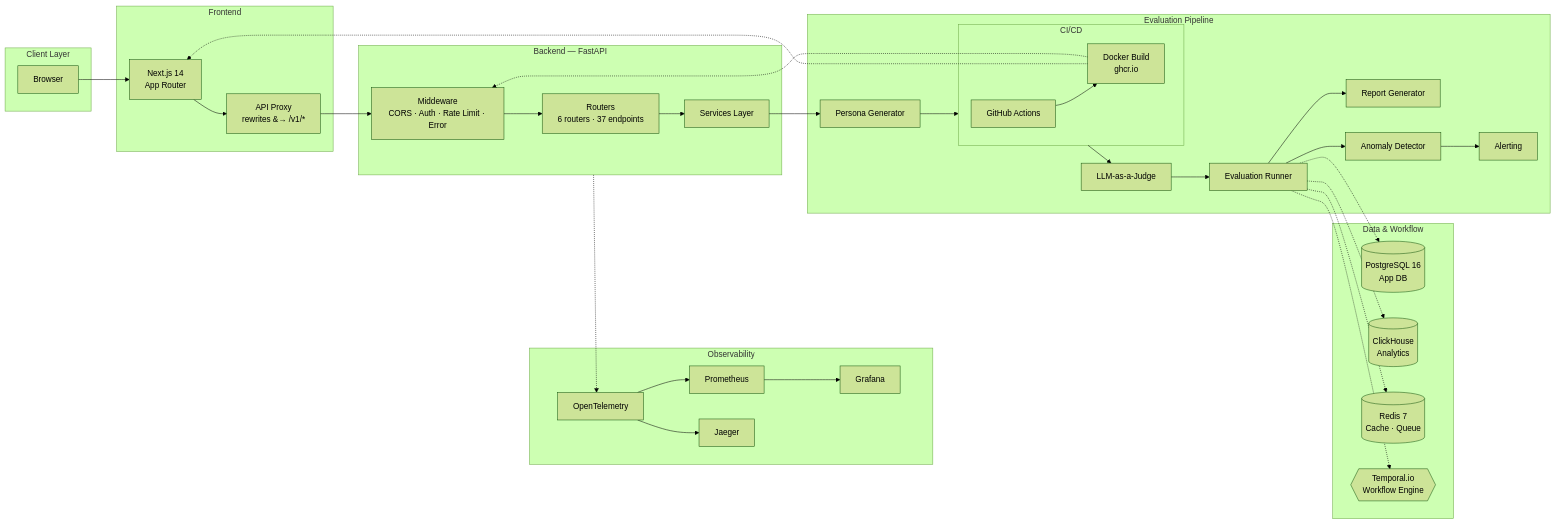
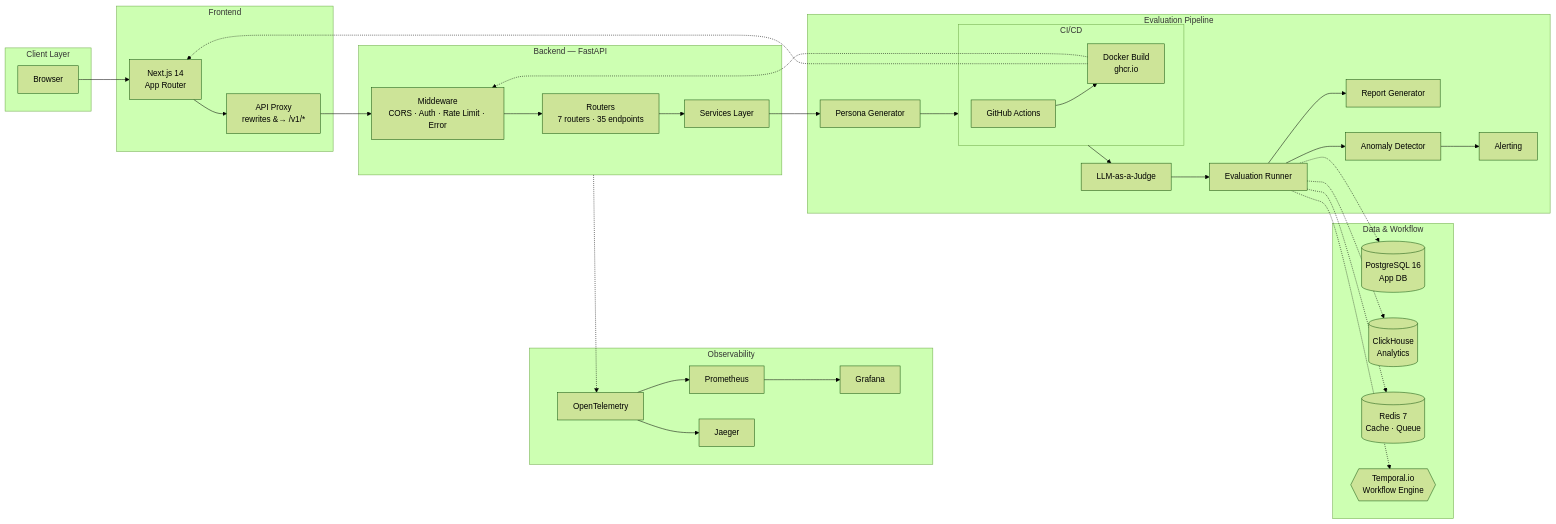
One commit to ZapTayyab/Onyx-Ai changed the diagram in README.md. Above: the diagram before and after it, drawn with Mermaid (forest theme). The commit also changed other lines of this file and 49 other files, not shown here.

````diff
--- a/README.md
+++ b/README.md
@@ -11,48 +11,48 @@
 ```mermaid
 flowchart LR
     subgraph CL[Client Layer]
         B[Browser]
     end
 
     subgraph FE[Frontend]
         NX[Next.js 14<br/>App Router]
         PX[API Proxy<br/>rewrites &#8594; /v1/*]
         NX --> PX
     end
 
     subgraph BE[Backend — FastAPI]
         MW[Middeware<br/>CORS · Auth · Rate Limit · Error]
-        RT[Routers<br/>6 routers · 37 endpoints]
+        RT[Routers<br/>7 routers · 35 endpoints]
         SV[Services Layer]
         MW --> RT --> SV
     end
 
     subgraph PE[Evaluation Pipeline]
         PG[Persona Generator] --> CI[Chaos Injector] --> LJ[LLM-as-a-Judge] --> ER[Evaluation Runner]
         ER --> RG[Report Generator]
         ER --> AD[Anomaly Detector] --> AL[Alerting]
     end
 
     subgraph DW[Data & Workflow]
         PSQL[(PostgreSQL 16<br/>App DB)]
         CLH[(ClickHouse<br/>Analytics)]
         RED[(Redis 7<br/>Cache · Queue)]
         TMP{{Temporal.io<br/>Workflow Engine}}
     end
 
     subgraph OBS[Observability]
         OT[OpenTelemetry] --> PR[Prometheus] & JR[Jaeger]
         PR --> GF[Grafana]
     end
 
     subgraph CI[CI/CD]
         GHA[GitHub Actions] --> DB[Docker Build<br/>ghcr.io]
     end
 
     B --> NX
     PX --> MW
     SV --> PG
     ER -.-> PSQL & CLH & RED & TMP
     BE -.-> OT
     DB -.-> NX & MW
 ```
````
